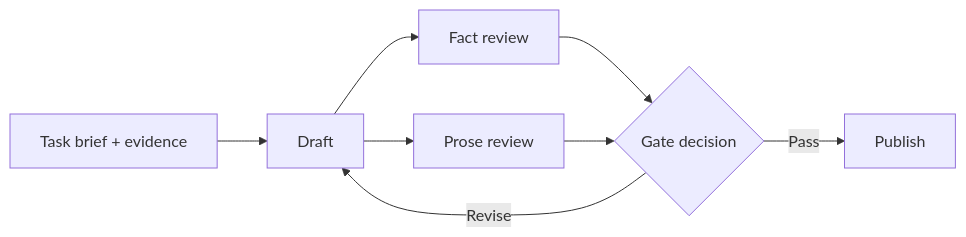
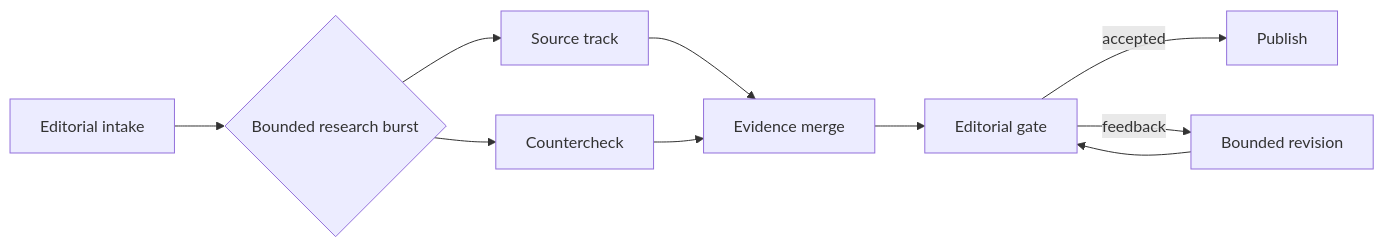
Before and after one commit to Herbertcuba/herbertcuba-personal-blog: the second of 2 diagrams in src/drafts/df3f4646.md, drawn with Mermaid. The commit also changed other lines of this file, not shown here.

Commit message:
draft(t_3af0b546): Use a Pipeline Until the Work Proves It Needs a Graph

````diff
--- a/src/drafts/df3f4646.md
+++ b/src/drafts/df3f4646.md
@@ -84,10 +82,12 @@
 ```mermaid
 flowchart LR
-  A[Task brief + evidence] --> D[Draft]
-  D --> F[Fact review]
-  D --> Q[Prose review]
-  F --> G{Gate decision}
-  Q --> G
-  G -->|Pass| P[Publish]
-  G -->|Revise| D
+  I[Editorial intake] --> R{Bounded research burst}
+  R --> S1[Source track]
+  R --> S2[Countercheck]
+  S1 --> M[Evidence merge]
+  S2 --> M
+  M --> G[Editorial gate]
+  G -->|accepted| P[Publish]
+  G -->|feedback| V[Bounded revision]
+  V --> G
 ```
````
